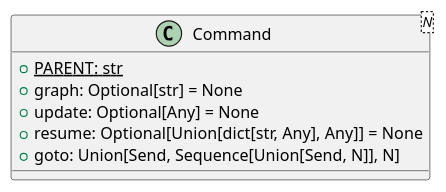
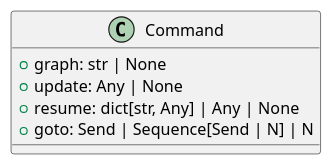
The diagram in LangGraph/puml/command.puml (acloudfan/gen-ai-app-dev), drawn with PlantUML before and after one commit. The commit also changed 17 other files, not shown here.

```diff
--- a/LangGraph/puml/command.puml
+++ b/LangGraph/puml/command.puml
@@ -1,12 +1,10 @@
 @startuml
 
-class Command<N> {
-  + {static} PARENT: str
-  + graph: Optional[str] = None
-  + update: Optional[Any] = None
-  + resume: Optional[Union[dict[str, Any], Any]] = None
-  + goto: Union[Send, Sequence[Union[Send, N]], N]
-'   + ToolOutputMixin: mixin
+class Command{
+    + graph: str | None
+    + update: Any | None
+    + resume: dict[str, Any] | Any | None
+    + goto: Send | Sequence[Send | N] | N
 }
 
 @enduml
```
